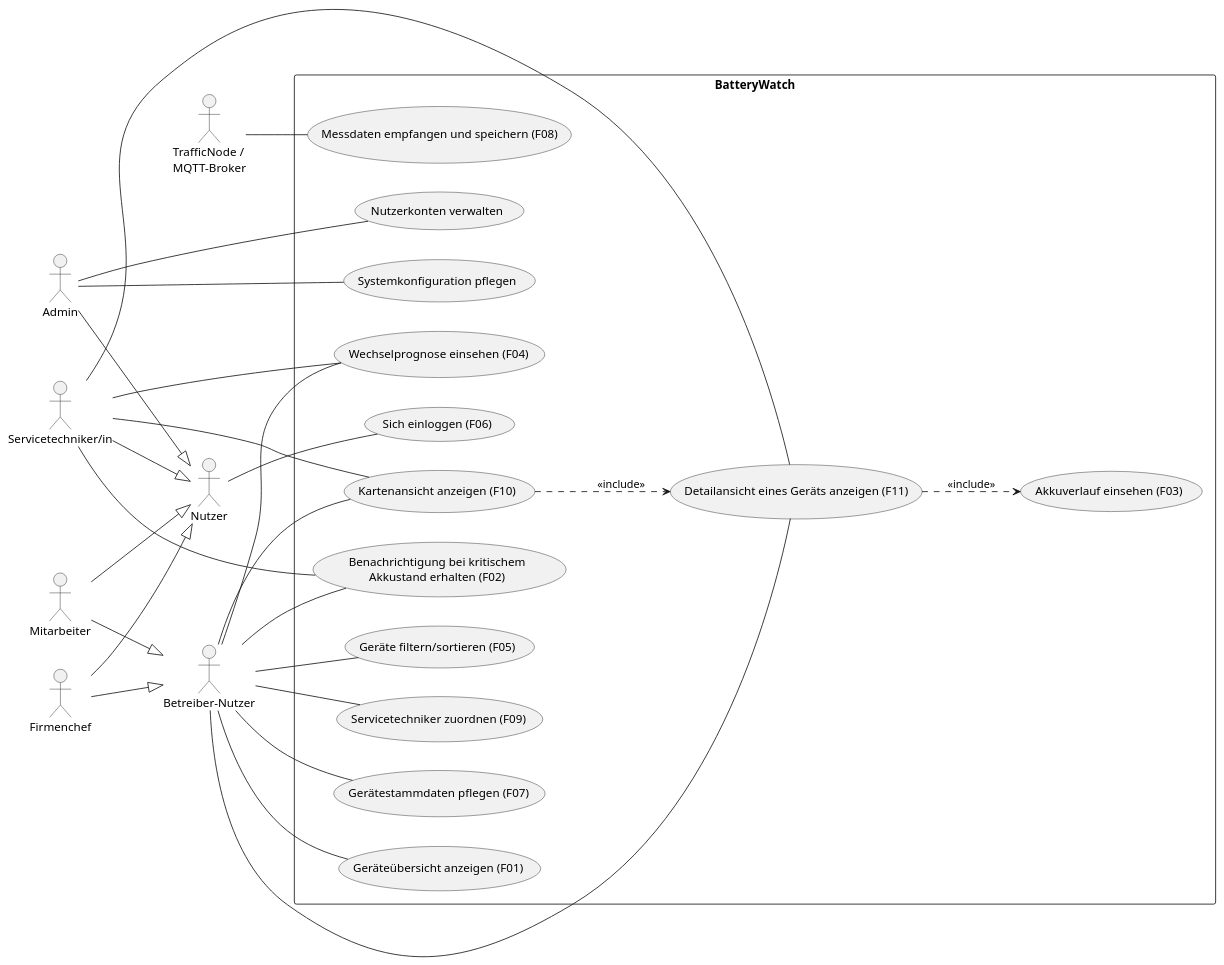
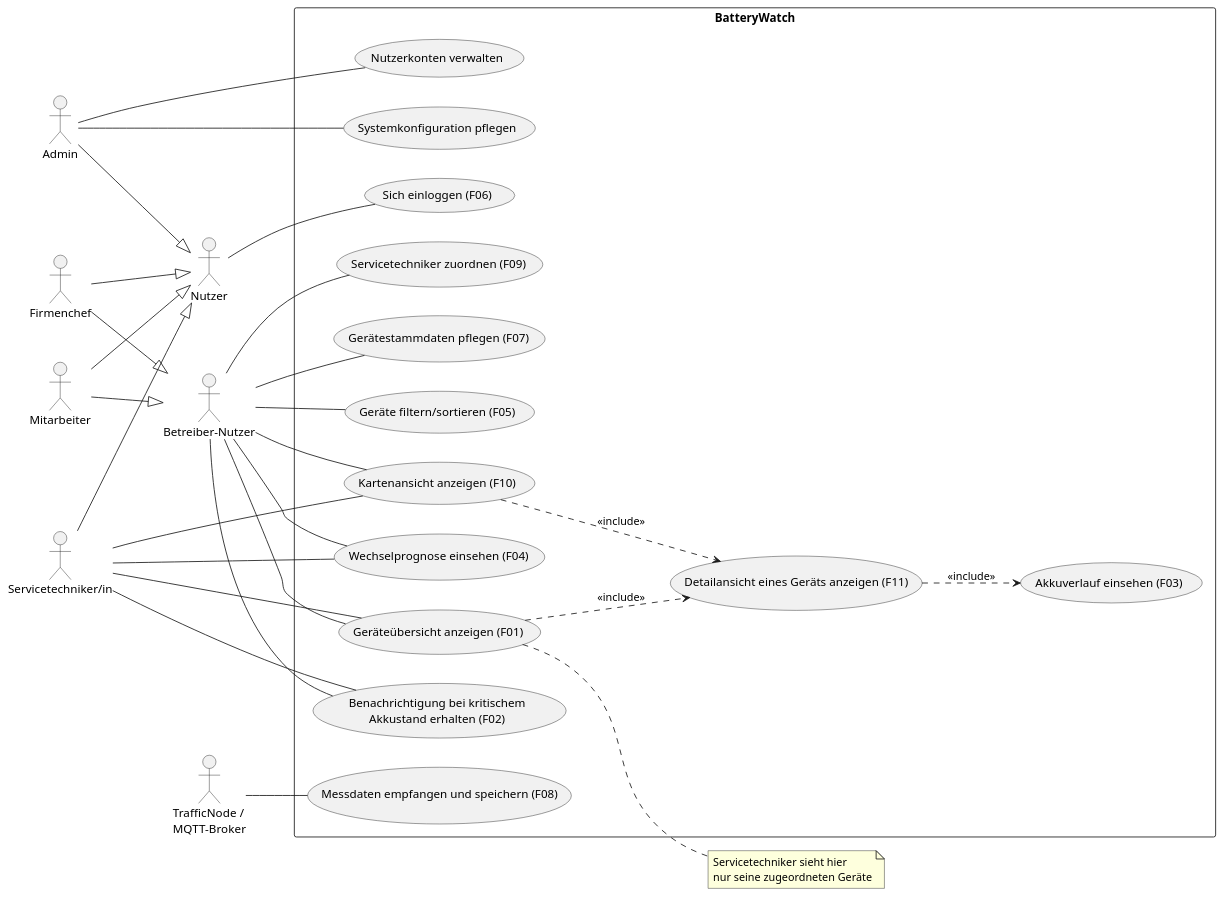
One commit to Totoba246/Software_Engineering_Semesterprojekt changed the diagram in docs/diagrams/use-case-diagram.puml. Above: the diagram before and after it, drawn with PlantUML.

Commit message:
Use-Case-Diagramm: Detailansicht nur noch über Geräteübersicht erreichbar
Servicetechniker kann jetzt auch die Geräteübersicht aufrufen (gefiltert
auf seine zugeordneten Geräte). Die direkten Assoziationen aller Akteure
zur Detailansicht wurden entfernt; sie wird nun per <<include>> von der
Geräteübersicht (wie bereits von der Kartenansicht) erreicht.

```diff
--- a/docs/diagrams/use-case-diagram.puml
+++ b/docs/diagrams/use-case-diagram.puml
@@ -1,62 +1,67 @@
 @startuml UseCaseDiagram_BatteryWatch
 ' Use-Case-Diagramm BatteryWatch, abgeleitet aus den GitHub-Issues (User Stories #1-#10)
 ' und den funktionalen Anforderungen F01-F11 aus der README.
 left to right direction
 skinparam packageStyle rect
 
 actor Nutzer
 actor Admin
 actor Firmenchef
 actor Mitarbeiter
 actor "Servicetechniker/in" as Servicetechniker
 actor "Betreiber-Nutzer" as Betreiber
 actor "TrafficNode /\nMQTT-Broker" as MQTT
 
 Admin --|> Nutzer
 Firmenchef --|> Nutzer
 Mitarbeiter --|> Nutzer
 Servicetechniker --|> Nutzer
 Firmenchef --|> Betreiber
 Mitarbeiter --|> Betreiber
 
 rectangle "BatteryWatch" {
   usecase "Sich einloggen (F06)" as UC_Login
   usecase "Geräteübersicht anzeigen (F01)" as UC_Overview
   usecase "Geräte filtern/sortieren (F05)" as UC_Filter
   usecase "Kartenansicht anzeigen (F10)" as UC_Map
   usecase "Detailansicht eines Geräts anzeigen (F11)" as UC_Detail
   usecase "Akkuverlauf einsehen (F03)" as UC_History
   usecase "Wechselprognose einsehen (F04)" as UC_Prediction
   usecase "Benachrichtigung bei kritischem\nAkkustand erhalten (F02)" as UC_Alert
   usecase "Servicetechniker zuordnen (F09)" as UC_Assign
   usecase "Gerätestammdaten pflegen (F07)" as UC_MasterData
   usecase "Nutzerkonten verwalten" as UC_UserAdmin
   usecase "Systemkonfiguration pflegen" as UC_SysConfig
   usecase "Messdaten empfangen und speichern (F08)" as UC_MQTTIngest
 }
 
 Nutzer -- UC_Login
 
 Betreiber -- UC_Overview
 Betreiber -- UC_Filter
 Betreiber -- UC_Map
-Betreiber -- UC_Detail
 Betreiber -- UC_Prediction
 Betreiber -- UC_Alert
 Betreiber -- UC_Assign
 Betreiber -- UC_MasterData
 
+Servicetechniker -- UC_Overview
 Servicetechniker -- UC_Map
-Servicetechniker -- UC_Detail
 Servicetechniker -- UC_Prediction
 Servicetechniker -- UC_Alert
 
 Admin -- UC_UserAdmin
 Admin -- UC_SysConfig
 
 MQTT -- UC_MQTTIngest
 
+note right of UC_Overview
+  Servicetechniker sieht hier
+  nur seine zugeordneten Geräte
+end note
+
+UC_Overview ..> UC_Detail : <<include>>
+UC_Map ..> UC_Detail : <<include>>
 UC_Detail ..> UC_History : <<include>>
-UC_Map ..> UC_Detail : <<include>>
 
 @enduml
```
